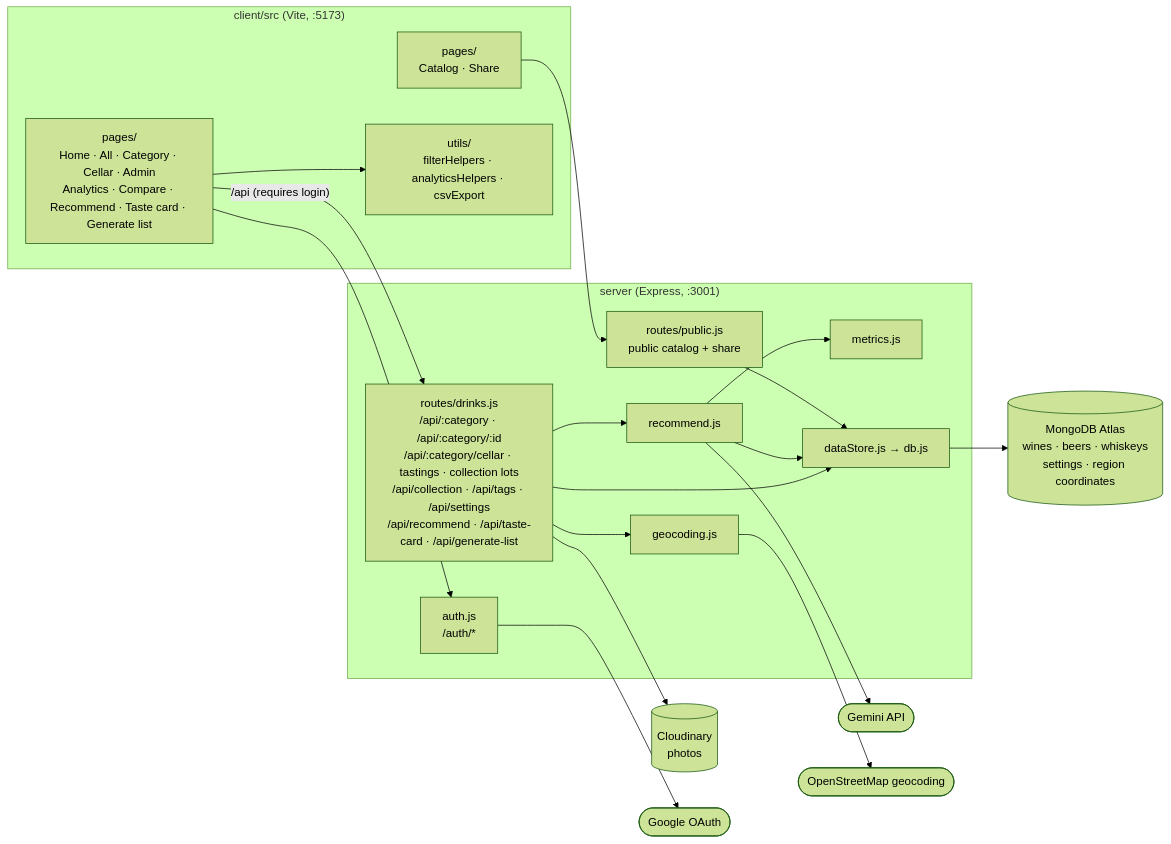
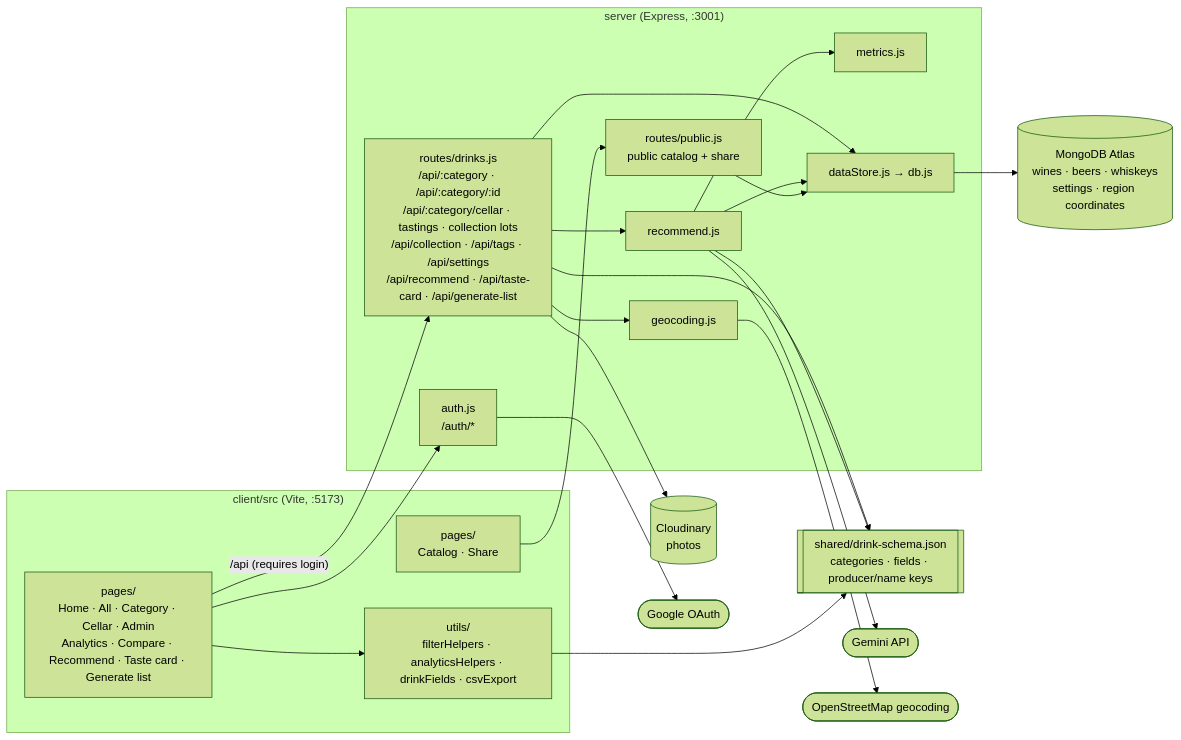
One commit to noamros9/drinks-reviewer changed the diagram in README.md. Above: the diagram before and after it, drawn with Mermaid (forest theme). The commit also changed other lines of this file and 15 other files, not shown here.

First line of the commit message:
Define categories, fields and name keys once in shared/drink-schema.json

````diff
--- a/README.md
+++ b/README.md
@@ -16,34 +16,40 @@
 ```mermaid
 flowchart LR
   subgraph client["client/src (Vite, :5173)"]
     pages["pages/<br/>Home · All · Category · Cellar · Admin<br/>Analytics · Compare · Recommend · Taste card · Generate list"]
     publicPages["pages/<br/>Catalog · Share"]
-    utils["utils/<br/>filterHelpers · analyticsHelpers · csvExport"]
+    utils["utils/<br/>filterHelpers · analyticsHelpers · drinkFields · csvExport"]
     pages --> utils
   end
+
+  schema[["shared/drink-schema.json<br/>categories · fields · producer/name keys"]]
+  utils --> schema
 
   subgraph server["server (Express, :3001)"]
     auth["auth.js<br/>/auth/*"]
     drinks["routes/drinks.js<br/>/api/:category · /api/:category/:id<br/>/api/:category/cellar · tastings · collection lots<br/>/api/collection · /api/tags · /api/settings<br/>/api/recommend · /api/taste-card · /api/generate-list"]
     public["routes/public.js<br/>public catalog + share"]
     recommend["recommend.js"]
     metrics["metrics.js"]
     geocoding["geocoding.js"]
     store["dataStore.js → db.js"]
     drinks --> recommend --> metrics
     drinks --> geocoding
     drinks --> store
     recommend --> store
     public --> store
   end
 
+  drinks --> schema
+  recommend --> schema
+
   pages -- "/api (requires login)" --> drinks
   pages --> auth
   publicPages --> public
 
   store --> atlas[("MongoDB Atlas<br/>wines · beers · whiskeys<br/>settings · region coordinates")]
   drinks --> cloudinary[("Cloudinary<br/>photos")]
   auth --> google(["Google OAuth"])
   recommend --> gemini(["Gemini API"])
   geocoding --> osm(["OpenStreetMap geocoding"])
 ```
````
